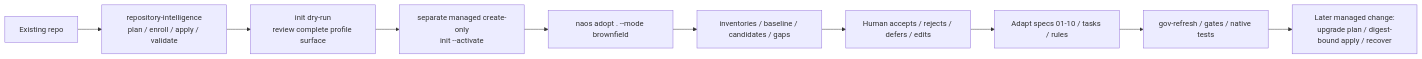
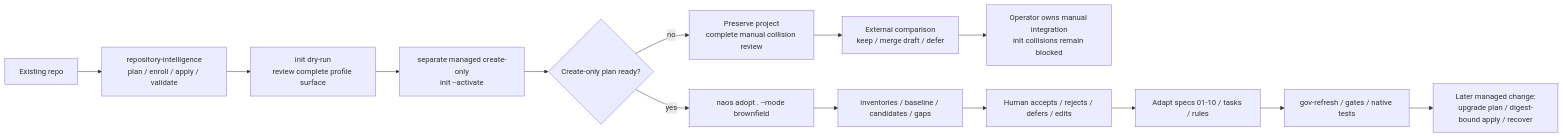
Before and after one commit to mfraile/naos-governance: the fourth of 10 diagrams in templates/structural-seeds/naos/NAOS_QUICK_REFERENCE.md, drawn with Mermaid. The commit also changed other lines of this file and 656 other files, not shown here.

````diff
--- a/templates/structural-seeds/naos/NAOS_QUICK_REFERENCE.md
+++ b/templates/structural-seeds/naos/NAOS_QUICK_REFERENCE.md
@@ -206,12 +329,16 @@
 ```mermaid
 flowchart LR
     A["Existing repo"] --> B["repository-intelligence\nplan / enroll / apply / validate"]
     B --> C["init dry-run\nreview complete profile surface"]
     C --> D["separate managed create-only\ninit --activate"]
-    D --> E["naos adopt . --mode brownfield"]
+    D --> K{"Create-only plan ready?"}
+    K -->|yes| E["naos adopt . --mode brownfield"]
+    K -->|no| L["Preserve project\ncomplete manual collision review"]
+    L --> M["External comparison\nkeep / merge draft / defer"]
+    M --> N["Operator owns manual integration\ninit collisions remain blocked"]
     E --> F["inventories / baseline / candidates / gaps"]
     F --> G["Human accepts / rejects / defers / edits"]
     G --> H["Adapt specs 01-10 / tasks / rules"]
     H --> I["gov-refresh / gates / native tests"]
     I --> J["Later managed change:\nupgrade plan / digest-bound apply / recover"]
 ```
````
